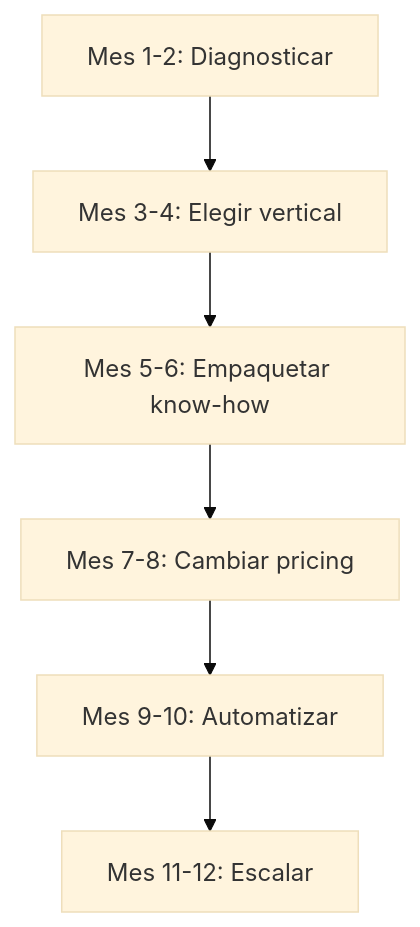
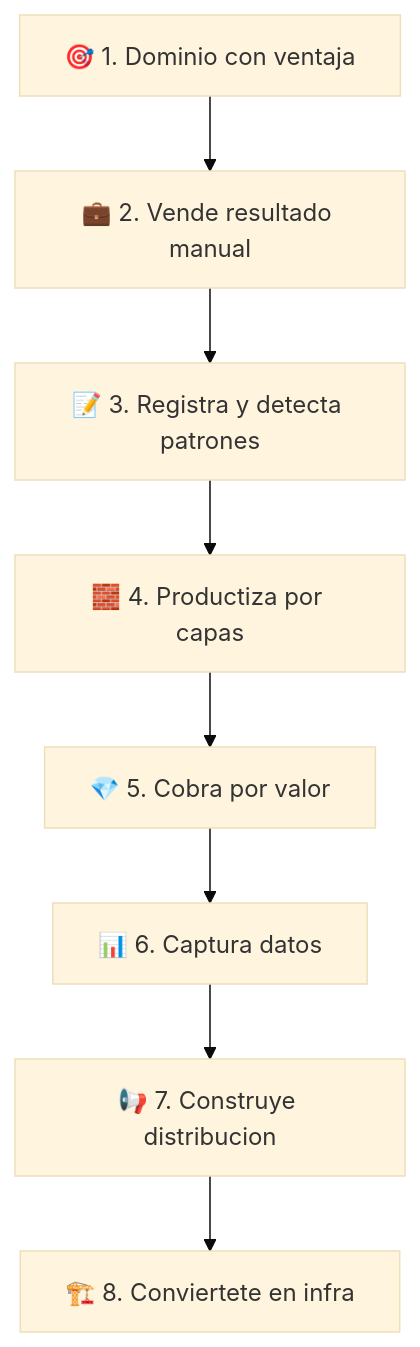
The fifth of 5 diagrams in src/content/blog/vende-infra-knowhow.md (jeroroldan/jeronimo-blog), drawn with Mermaid (base theme) before and after one commit. The commit also changed other lines of this file, not shown here.

First line of the commit message:
refactor(blog): update "No vendas software, vendé infra y know-how" masterclass content

````diff
--- a/src/content/blog/vende-infra-knowhow.md
+++ b/src/content/blog/vende-infra-knowhow.md
@@ -304,8 +406,10 @@
 ```mermaid
 flowchart TD
-    A[Mes 1-2: Diagnosticar] --> B[Mes 3-4: Elegir vertical]
-    B --> C[Mes 5-6: Empaquetar know-how]
-    C --> D[Mes 7-8: Cambiar pricing]
-    D --> E[Mes 9-10: Automatizar]
-    E --> F[Mes 11-12: Escalar]
+    A[🎯 1. Dominio con ventaja] --> B[💼 2. Vende resultado manual]
+    B --> C[📝 3. Registra y detecta patrones]
+    C --> D[🧱 4. Productiza por capas]
+    D --> E[💎 5. Cobra por valor]
+    E --> F[📊 6. Captura datos]
+    F --> G[📢 7. Construye distribucion]
+    G --> H[🏗️ 8. Conviertete en infra]
 ```
````
